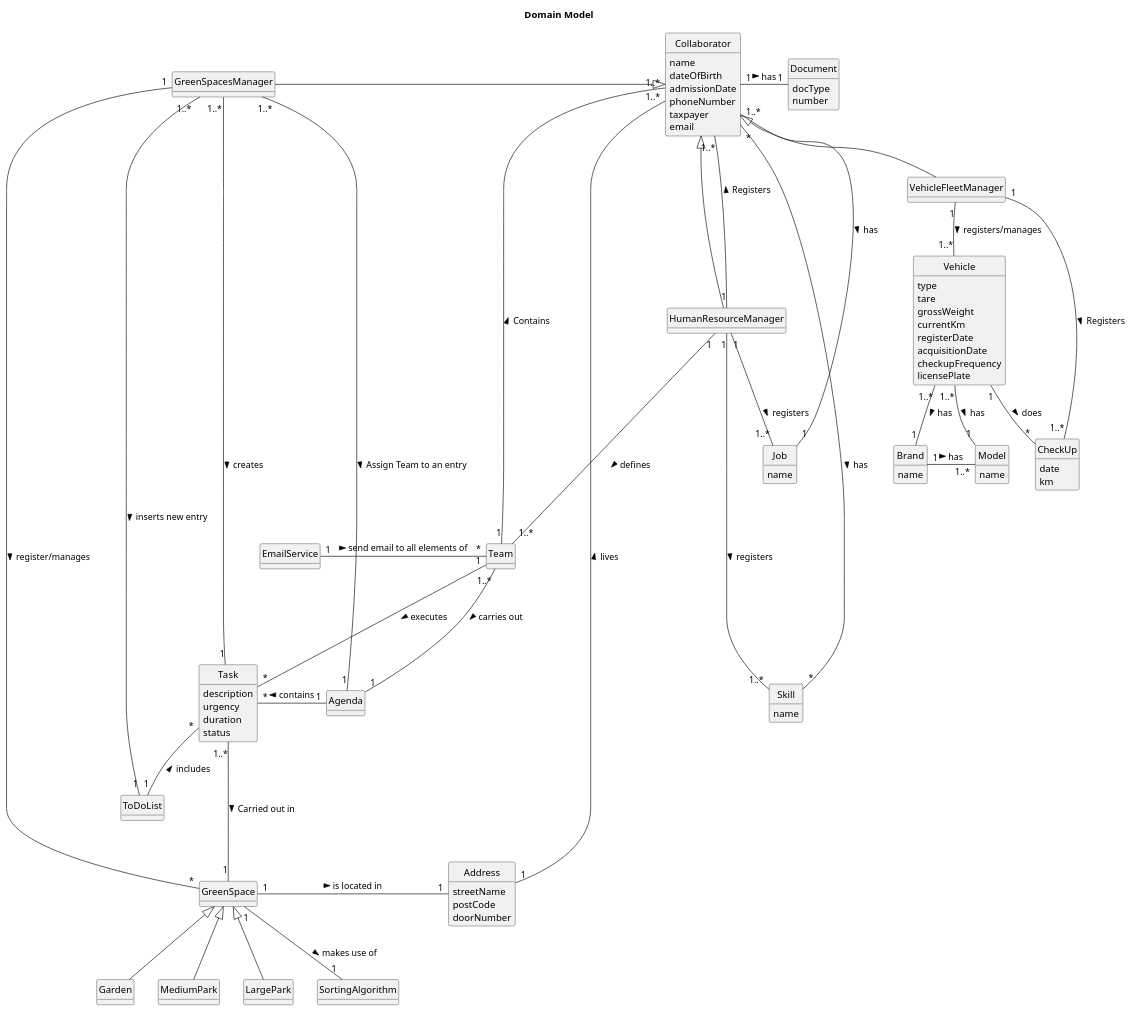
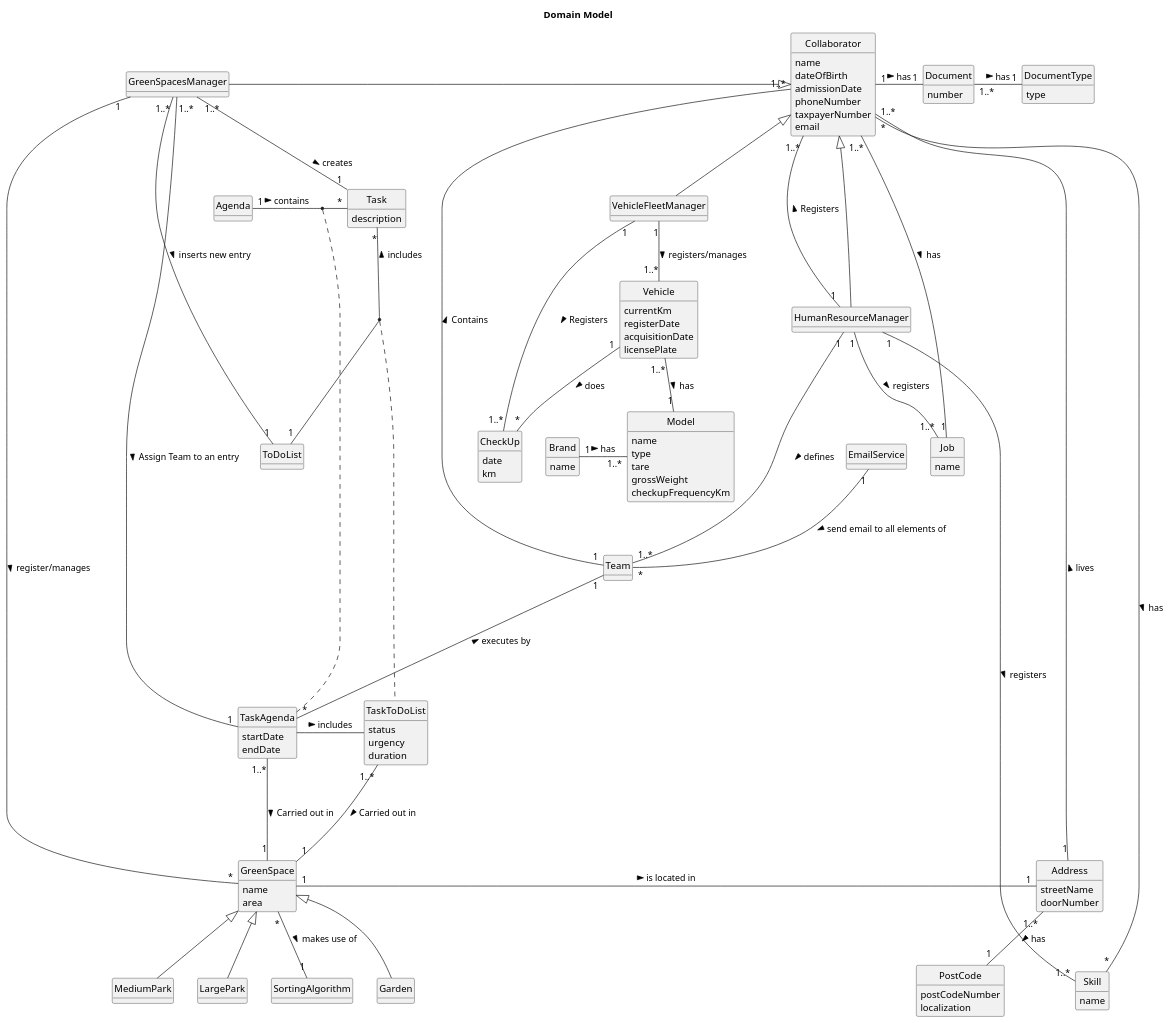
The diagram in docs/sprint3/global-artifacts/02.analysis/puml/partial-use-domain-model.puml (Departamento-de-Engenharia-Informatica/lei-24-s2-1db-g022), drawn with PlantUML before and after one commit. The commit also changed 15 other files, not shown here.

```diff
--- a/docs/sprint3/global-artifacts/02.analysis/puml/partial-use-domain-model.puml
+++ b/docs/sprint3/global-artifacts/02.analysis/puml/partial-use-domain-model.puml
@@ -1,149 +1,176 @@
 @startuml
 skinparam monochrome true
 skinparam packageStyle rectangle
 skinparam shadowing false
 skinparam classAttributeIconSize 0
 hide circle
 hide methods
 
 title Domain Model
 
 class Collaborator {
     name
     dateOfBirth
     admissionDate
     phoneNumber
-    taxpayer
+    taxpayerNumber
     email
 }
 
 class Document{
-    docType
     number
+}
+
+class DocumentType{
+    type
 }
 
 class Address {
     streetName
-    postCode
     doorNumber
+}
+
+class PostCode{
+    postCodeNumber
+    localization
 }
 
 class VehicleFleetManager {
 }
 
 class HumanResourceManager {
 }
 
 class Brand {
      name
 }
 
 class Model {
      name
+     type
+     tare
+     grossWeight
+     checkupFrequencyKm
 }
 
 class Vehicle {
-    type
-    tare
-    grossWeight
     currentKm
     registerDate
     acquisitionDate
-    checkupFrequency
     licensePlate
 }
 
 class Skill{
     name
 }
 
 class Job{
     name
 }
 class Team{
 }
 
 class CheckUp{
     date
     km
 }
 
 class GreenSpacesManager {
 }
 
+class GreenSpace {
+    name
+    area
+}
+
 class Garden {
 }
 
 class MediumPark {
 }
 
 class LargePark {
 }
 
 class ToDoList {
 }
 
+class TaskToDoList{
+    status
+    urgency
+    duration
+}
+
+class TaskAgenda{
+    startDate
+    endDate
+}
+
 class Task {
     description
-    urgency
-    duration
-    status
 }
 
 class Agenda{
 }
+
+Address "1..*" -- "1" PostCode : has >
+
+Document "1..*" - "1" DocumentType : has >
+
 '-------------Collaborator-------------
-
-
 Collaborator "1" - "1" Document : has >
 Collaborator "1..*" --- "1" Job : has >
 Collaborator  <|--  HumanResourceManager
 Collaborator <|-- VehicleFleetManager
 GreenSpacesManager  -|>  Collaborator
 Address "1" - "1..*" Collaborator : lives >
-Skill "*" ------- "*" Collaborator : has <
+Skill "*" ---------- "*" Collaborator : has <
 Collaborator "1..*" ----- "1" Team : Contains <
 
 '-------------HumanResourceManager-------------
 HumanResourceManager "1" -- "1..*" Skill : registers >
 HumanResourceManager "1" -- "1..*" Job : registers >
 HumanResourceManager "1" --- "1..*" Collaborator : Registers >
 HumanResourceManager "1" -- "1..*" Team : defines >
 
 '-------------VehicleFleetManager-------------
 VehicleFleetManager "1" -- "1..*" Vehicle : registers/manages >
 VehicleFleetManager "1" -- "1..*" CheckUp : Registers >
 
 '-------------Brand-------------
 Brand "1" -  "1..*" Model : has >
 
 '-------------Vehicle-------------
 Vehicle "1..*" -- "1" Model : has >
 Vehicle "1" -- "*" CheckUp : does >
-Vehicle "1..*" -- "1" Brand : has >
 
 '-------------GreenSpacesManager-------------
 GreenSpacesManager "1" - "*" GreenSpace : register/manages >
 GreenSpacesManager "1..*" -- "1" Task : creates >
 GreenSpacesManager "1..*" - "1" ToDoList : inserts new entry >
 
 '-------------GreenSpace-------------
 GreenSpace "1" - "1" Address : is located in >
 GreenSpace <|-- Garden
 GreenSpace <|-- MediumPark
 GreenSpace <|-- LargePark
 
-Task "1..*" --- "1" GreenSpace :  Carried out in  >
+TaskAgenda "1..*" --- "1" GreenSpace :  Carried out in  >
+TaskToDoList "1..*" --- "1" GreenSpace :  Carried out in  >
+
 Task "*" -- "1" ToDoList : includes <
 
 
-GreenSpacesManager "1..*" - "1" Agenda : Assign Team to an entry >
-Team "1..*" --- "1" Agenda : carries out >
-Team "1" -- "*" Task : executes >
+GreenSpacesManager "1..*" - "1" TaskAgenda : Assign Team to an entry >
+Team "1" --- "*" TaskAgenda : executes by <
 Agenda "1" - "*" Task : contains >
 
-EmailService "1" - "*" Team :  send email to all elements of >
+EmailService "1" -- "*" Team :  send email to all elements of >
 
-GreenSpace "1" -- "1" SortingAlgorithm : makes use of >
+GreenSpace "*" -- "1" SortingAlgorithm : makes use of >
 
+(Task,ToDoList) .. TaskToDoList
+(Task,Agenda) .. TaskAgenda
+
+TaskAgenda - TaskToDoList : includes >
 @enduml
```
